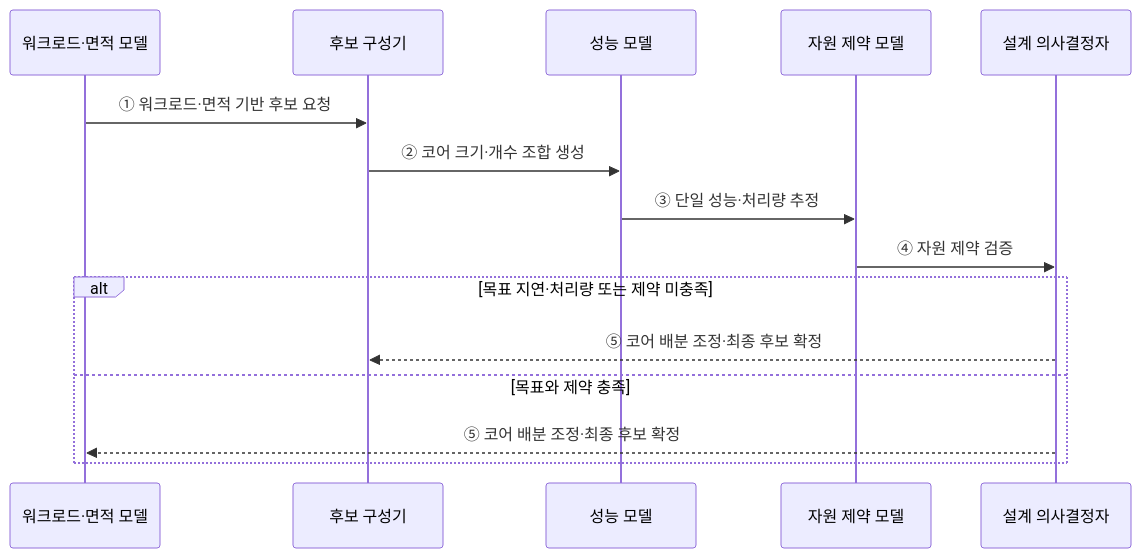
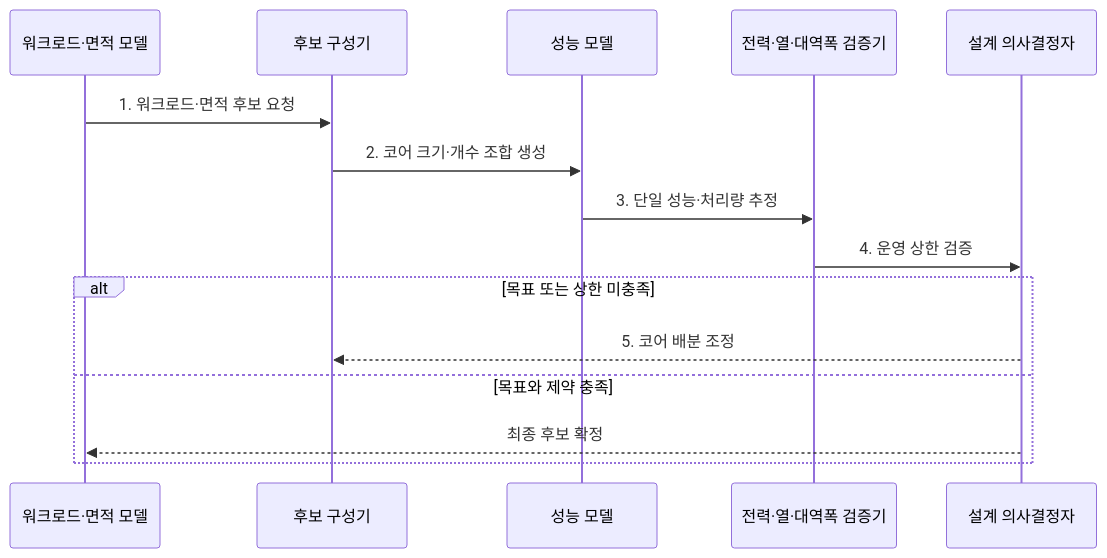
The third of 3 diagrams in src/content/docs/notes/02-hardware/011_pollacks_rule.md (agnusdei1207/knowledge-base), drawn with Mermaid before and after one commit. The commit also changed other lines of this file and 20 other files, not shown here.

````diff
--- a/src/content/docs/notes/02-hardware/011_pollacks_rule.md
+++ b/src/content/docs/notes/02-hardware/011_pollacks_rule.md
@@ -94,18 +100,18 @@
 ```mermaid
 sequenceDiagram
     participant M as 워크로드·면적 모델
     participant C as 후보 구성기
     participant P as 성능 모델
-    participant R as 자원 제약 모델
+    participant R as 전력·열·대역폭 검증기
     participant D as 설계 의사결정자
 
-    M->>C: ① 워크로드·면적 기반 후보 요청
-    C->>P: ② 코어 크기·개수 조합 생성
-    P->>R: ③ 단일 성능·처리량 추정
-    R->>D: ④ 자원 제약 검증
-    alt 목표 지연·처리량 또는 제약 미충족
-        D-->>C: ⑤ 코어 배분 조정·최종 후보 확정
+    M->>C: 1. 워크로드·면적 후보 요청
+    C->>P: 2. 코어 크기·개수 조합 생성
+    P->>R: 3. 단일 성능·처리량 추정
+    R->>D: 4. 운영 상한 검증
+    alt 목표 또는 상한 미충족
+        D-->>C: 5. 코어 배분 조정
     else 목표와 제약 충족
-        D-->>M: ⑤ 코어 배분 조정·최종 후보 확정
+        D-->>M: 최종 후보 확정
     end
 ```
````
